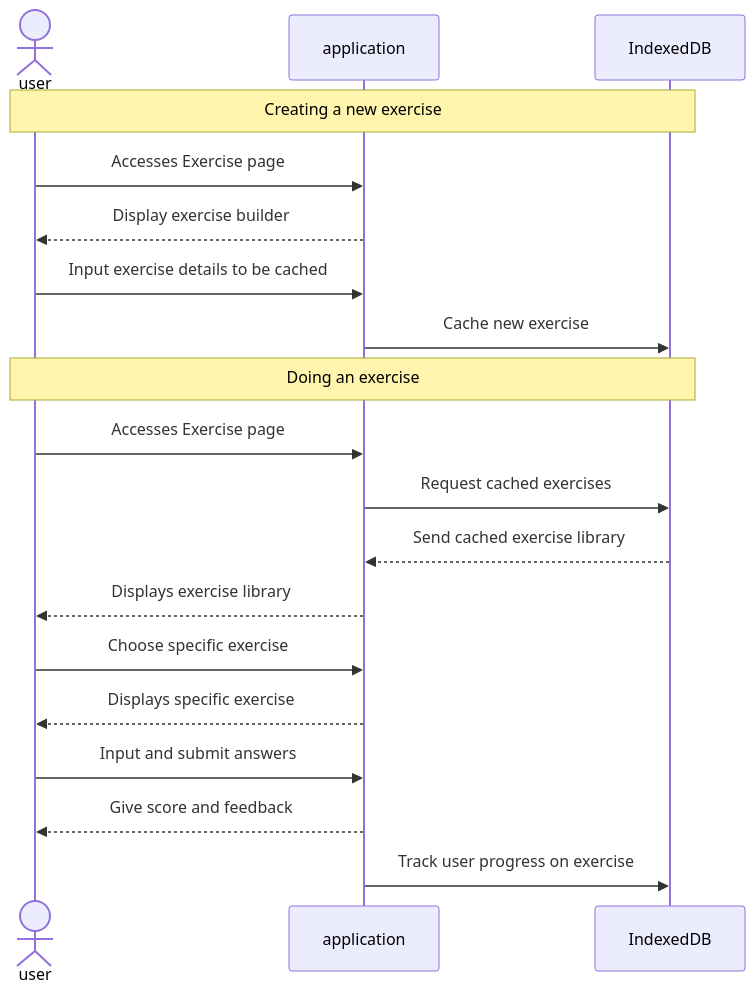
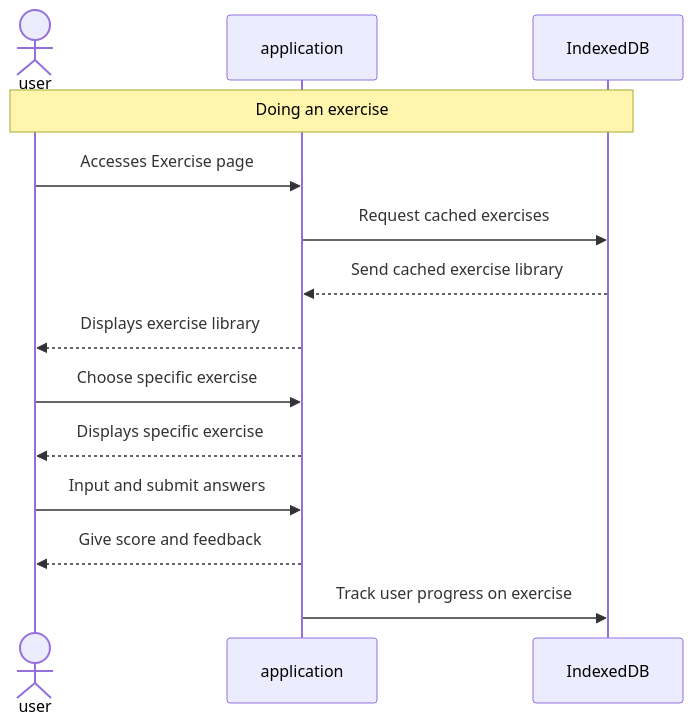
One commit to chrispho/language-study-app changed the diagram in team/m3/christopher-pho/feature-sequence-diagram.md. Above: the diagram before and after it, drawn with Mermaid. The commit also changed other lines of this file and 2 other files, not shown here.

Commit message:
update roles.md, feature-sequence-diagram.md, and report

````diff
--- a/team/m3/christopher-pho/feature-sequence-diagram.md
+++ b/team/m3/christopher-pho/feature-sequence-diagram.md
@@ -41,24 +31,18 @@
 ```mermaid
 sequenceDiagram
 actor user
 participant app as application
 participant db as IndexedDB
-
-    Note over user,db: Creating a new exercise
-    user->>app: Accesses Exercise page
-    app-->>user: Display exercise builder
-    user->>app: Input exercise details to be cached
-    app->>db: Cache new exercise
 
     Note over user,db: Doing an exercise
     user->>app: Accesses Exercise page
     app->>db: Request cached exercises
     db-->>app: Send cached exercise library
     app-->>user: Displays exercise library
     user->>app: Choose specific exercise
     app-->>user: Displays specific exercise
     user->>app: Input and submit answers
     app-->>user: Give score and feedback
     app->>db: Track user progress on exercise
     
 ```
````
